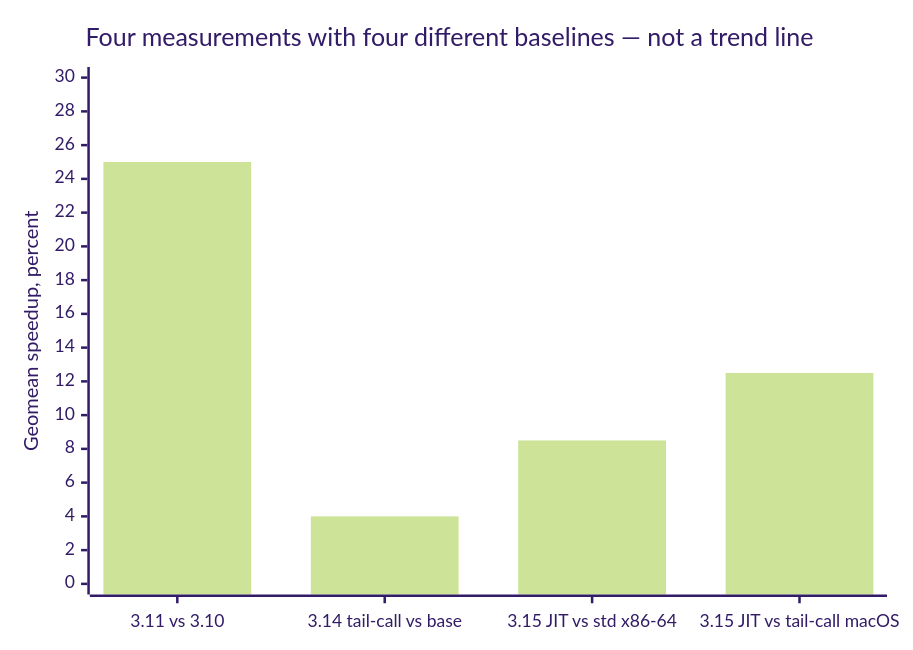
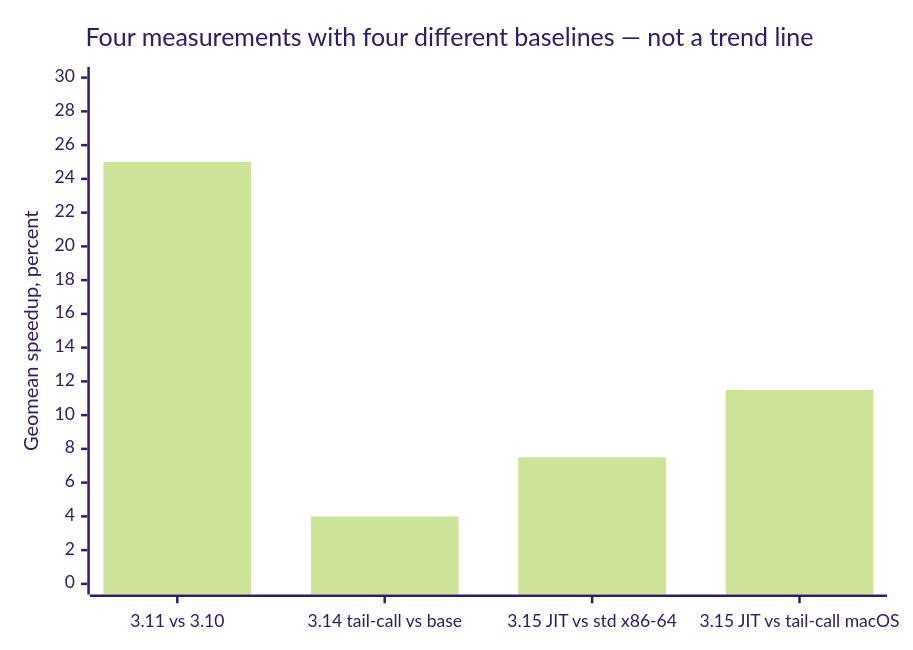
Before and after one commit to rppol/system-design: the third of 3 diagrams in src/main/java/com/rutik/systemdesign/python/performance_and_profiling/the_modern_cpython_runtime.md, drawn with Mermaid (forest theme). The commit also changed other lines of this file and 655 other files, not shown here.

````diff
--- a/src/main/java/com/rutik/systemdesign/python/performance_and_profiling/the_modern_cpython_runtime.md
+++ b/src/main/java/com/rutik/systemdesign/python/performance_and_profiling/the_modern_cpython_runtime.md
@@ -220,7 +228,7 @@
 ```mermaid
 xychart-beta
     title "Four measurements with four different baselines — not a trend line"
     x-axis ["3.11 vs 3.10", "3.14 tail-call vs base", "3.15 JIT vs std x86-64", "3.15 JIT vs tail-call macOS"]
     y-axis "Geomean speedup, percent" 0 --> 30
-    bar [25, 4, 8.5, 12.5]
+    bar [25, 4, 7.5, 11.5]
 ```
````
